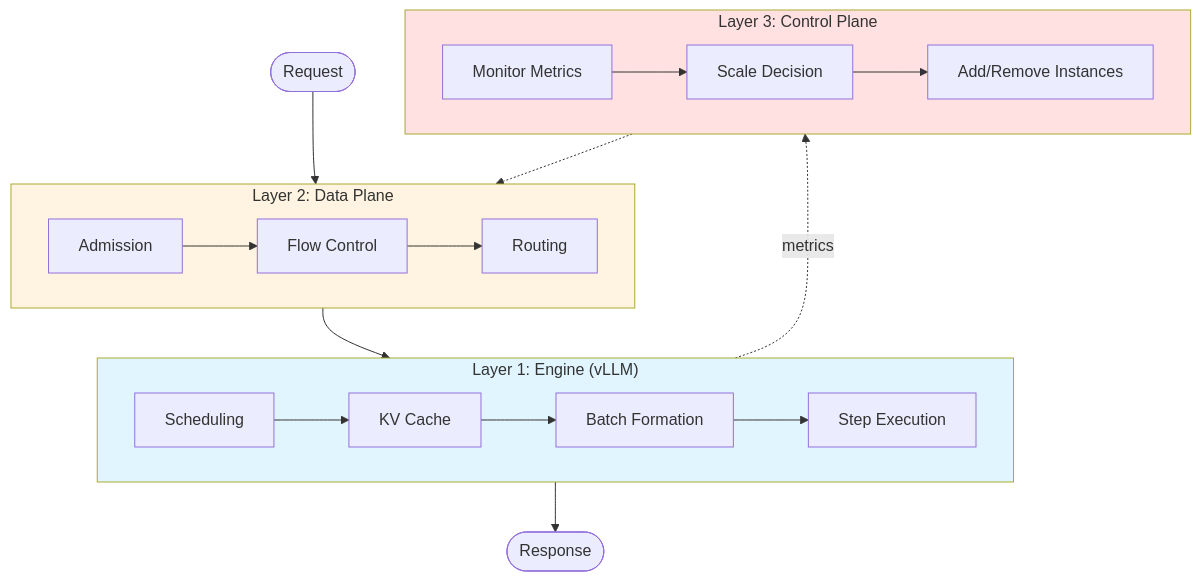
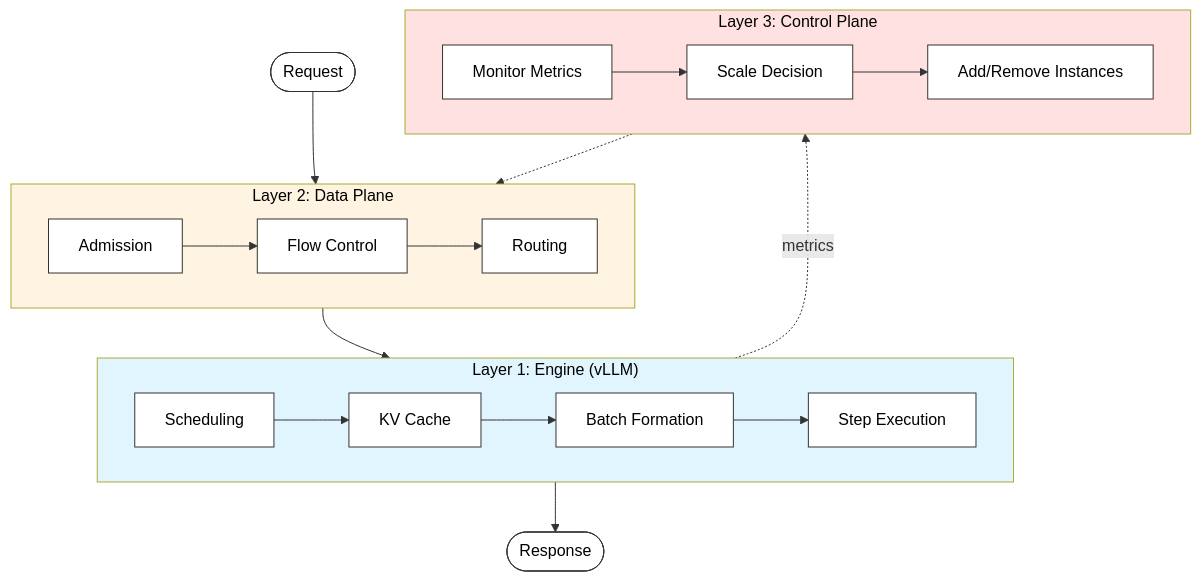
The diagram in docs/blog/posts/building-trust-physics-of-simulation.md (inference-sim/inference-sim), drawn with Mermaid before and after one commit.

Commit message:
fix(blog): add explicit black text color to all mermaid diagram elements

````diff
--- a/docs/blog/posts/building-trust-physics-of-simulation.md
+++ b/docs/blog/posts/building-trust-physics-of-simulation.md
@@ -39,34 +39,46 @@
 ```mermaid
 flowchart TB
     subgraph Layer1["Layer 1: Engine (vLLM)"]
         Sched[Scheduling]
         KV[KV Cache]
         Batch[Batch Formation]
         Step[Step Execution]
         Sched --> KV --> Batch --> Step
     end
 
     subgraph Layer2["Layer 2: Data Plane"]
         Admit[Admission]
         Route[Routing]
         Flow[Flow Control]
         Admit --> Flow --> Route
     end
 
     subgraph Layer3["Layer 3: Control Plane"]
         Monitor[Monitor Metrics]
         Decide[Scale Decision]
         Actuate[Add/Remove Instances]
         Monitor --> Decide --> Actuate
     end
 
     Request([Request]) --> Layer2
     Layer2 --> Layer1
     Layer1 --> Response([Response])
     Layer3 -.-> Layer2
     Layer1 -.->|metrics| Layer3
 
-    style Layer1 fill:#e1f5ff
-    style Layer2 fill:#fff4e1
-    style Layer3 fill:#ffe1e1
+    style Layer1 fill:#e1f5ff,color:#000
+    style Layer2 fill:#fff4e1,color:#000
+    style Layer3 fill:#ffe1e1,color:#000
+    style Sched fill:#fff,stroke:#333,color:#000
+    style KV fill:#fff,stroke:#333,color:#000
+    style Batch fill:#fff,stroke:#333,color:#000
+    style Step fill:#fff,stroke:#333,color:#000
+    style Admit fill:#fff,stroke:#333,color:#000
+    style Route fill:#fff,stroke:#333,color:#000
+    style Flow fill:#fff,stroke:#333,color:#000
+    style Monitor fill:#fff,stroke:#333,color:#000
+    style Decide fill:#fff,stroke:#333,color:#000
+    style Actuate fill:#fff,stroke:#333,color:#000
+    style Request fill:#fff,stroke:#333,color:#000
+    style Response fill:#fff,stroke:#333,color:#000
 ```
````
